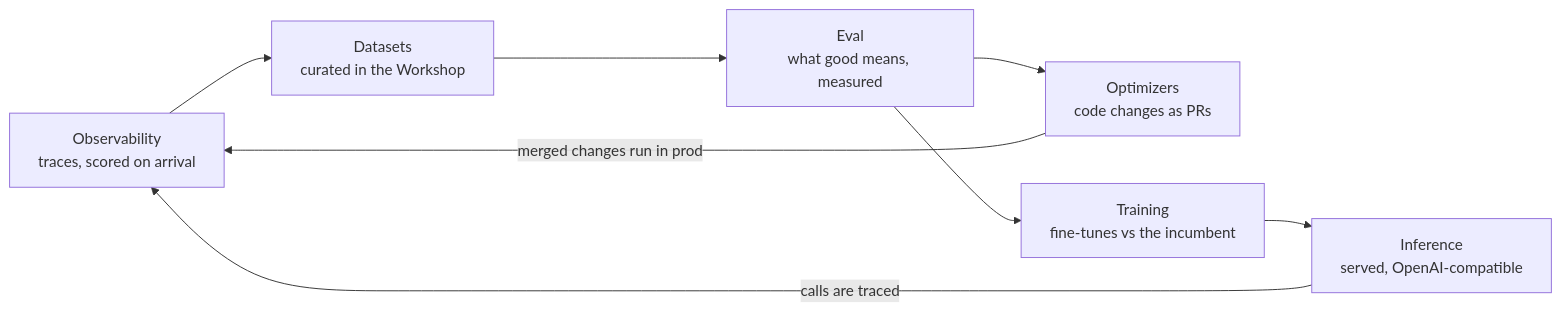
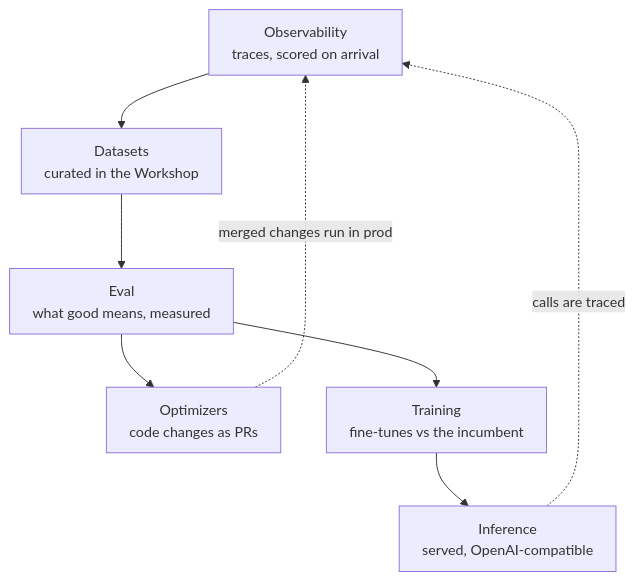
One commit to overmind-core/docs changed the diagram in index.mdx. Above: the diagram before and after it, drawn with Mermaid. The commit also changed 7 other files, not shown here.

First line of the commit message:
Deepen the brand pass: type, code, sidebar, diagrams, and a richer TOC

````diff
--- a/index.mdx
+++ b/index.mdx
@@ -11,10 +11,11 @@
 ```mermaid
-flowchart LR
-    O[Observability<br/>traces, scored on arrival] --> D[Datasets<br/>curated in the Workshop]
-    D --> E[Eval<br/>what good means, measured]
-    E --> OP[Optimizers<br/>code changes as PRs]
-    E --> T[Training<br/>fine-tunes vs the incumbent]
-    T --> I[Inference<br/>served, OpenAI-compatible]
-    I -->|calls are traced| O
-    OP -->|merged changes run in prod| O
+%%{init: {"flowchart": {"nodeSpacing": 48, "rankSpacing": 56, "padding": 12, "curve": "basis"}, "themeVariables": {"fontSize": "15px", "fontFamily": "PP Neue Montreal, system-ui, sans-serif"}}}%%
+flowchart TB
+    O["Observability<br/>traces, scored on arrival"] --> D["Datasets<br/>curated in the Workshop"]
+    D --> E["Eval<br/>what good means, measured"]
+    E --> OP["Optimizers<br/>code changes as PRs"]
+    E --> T["Training<br/>fine-tunes vs the incumbent"]
+    T --> I["Inference<br/>served, OpenAI-compatible"]
+    OP -. "merged changes run in prod" .-> O
+    I -. "calls are traced" .-> O
 ```
````
